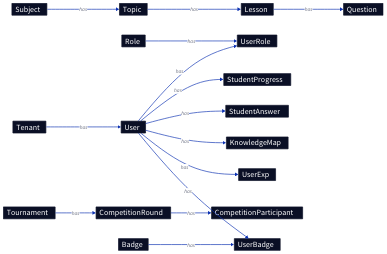
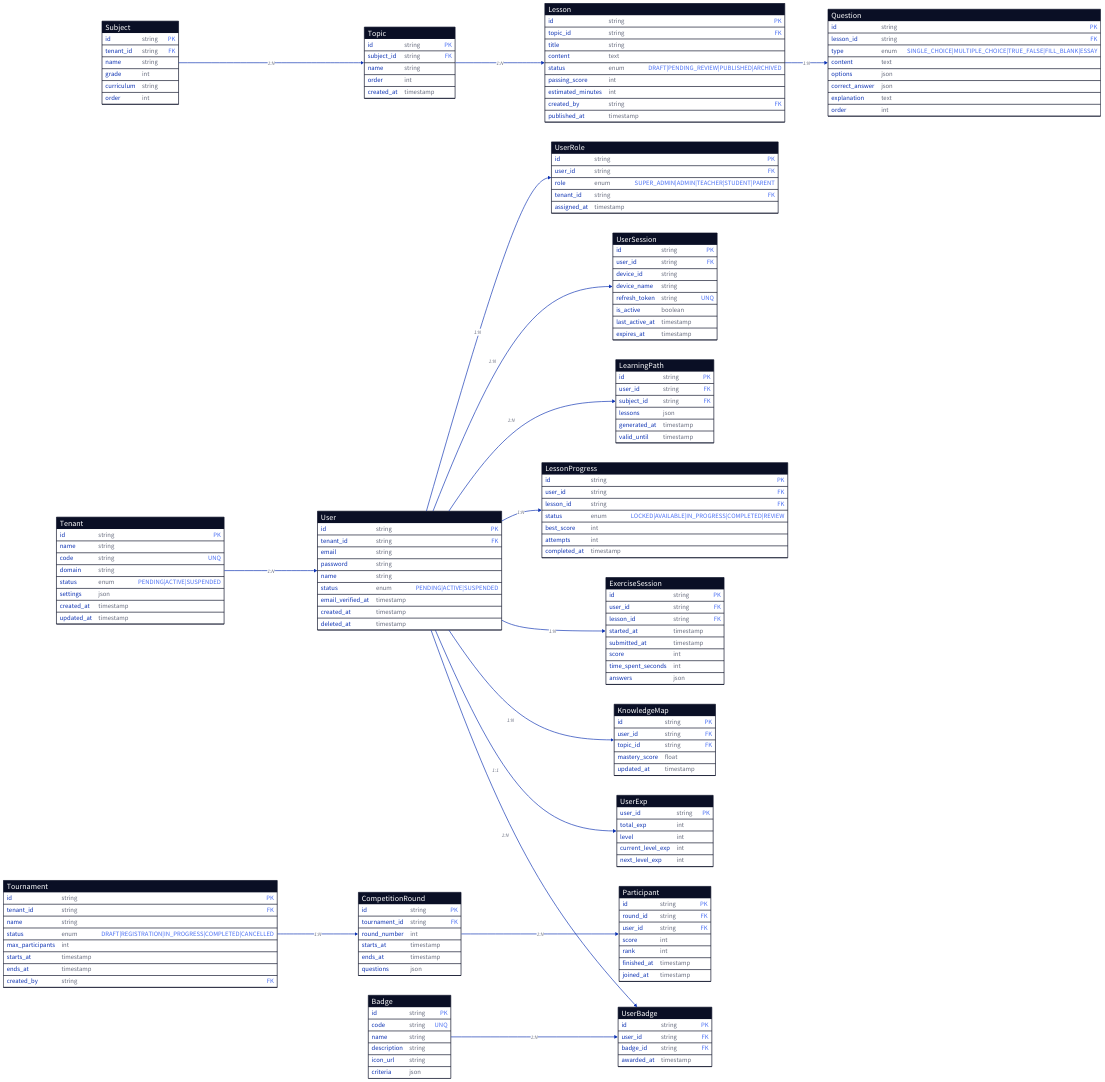
The diagram in blueprint/architecture/database.md (philongdanh/lms), drawn with D2 before and after one commit. The commit also changed other lines of this file and 5 other files, not shown here.

````diff
--- a/blueprint/architecture/database.md
+++ b/blueprint/architecture/database.md
@@ -18,46 +18,227 @@
 ```d2
 direction: right
 
-# Core entities
-Tenant: { shape: sql_table }
-User: { shape: sql_table }
-Role: { shape: sql_table }
-UserRole: { shape: sql_table }
+# === Core Domain ===
 
-# Content
-Subject: { shape: sql_table }
-Topic: { shape: sql_table }
-Lesson: { shape: sql_table }
-Question: { shape: sql_table }
+Tenant: {
+  shape: sql_table
+  id: string {constraint: primary_key}
+  name: string
+  code: string {constraint: unique}
+  domain: string
+  status: enum {constraint: "PENDING|ACTIVE|SUSPENDED"}
+  settings: json
+  created_at: timestamp
+  updated_at: timestamp
+}
 
-# Learning
-StudentProgress: { shape: sql_table }
-StudentAnswer: { shape: sql_table }
-KnowledgeMap: { shape: sql_table }
+User: {
+  shape: sql_table
+  id: string {constraint: primary_key}
+  tenant_id: string {constraint: foreign_key}
+  email: string
+  password: string
+  name: string
+  status: enum {constraint: "PENDING|ACTIVE|SUSPENDED"}
+  email_verified_at: timestamp
+  created_at: timestamp
+  deleted_at: timestamp
+}
 
-# Tournament
-Tournament: { shape: sql_table }
-CompetitionRound: { shape: sql_table }
-CompetitionParticipant: { shape: sql_table }
+UserRole: {
+  shape: sql_table
+  id: string {constraint: primary_key}
+  user_id: string {constraint: foreign_key}
+  role: enum {constraint: "SUPER_ADMIN|ADMIN|TEACHER|STUDENT|PARENT"}
+  tenant_id: string {constraint: foreign_key}
+  assigned_at: timestamp
+}
 
-# Gamification
-UserExp: { shape: sql_table }
-Badge: { shape: sql_table }
-UserBadge: { shape: sql_table }
+UserSession: {
+  shape: sql_table
+  id: string {constraint: primary_key}
+  user_id: string {constraint: foreign_key}
+  device_id: string
+  device_name: string
+  refresh_token: string {constraint: unique}
+  is_active: boolean
+  last_active_at: timestamp
+  expires_at: timestamp
+}
 
-# Relationships
-Tenant -> User: has
-User -> UserRole: has
-Role -> UserRole: has
-Subject -> Topic: has
-Topic -> Lesson: has
-Lesson -> Question: has
-User -> StudentProgress: has
-User -> StudentAnswer: has
-User -> KnowledgeMap: has
-Tournament -> CompetitionRound: has
-CompetitionRound -> CompetitionParticipant: has
-User -> UserExp: has
-User -> UserBadge: has
-Badge -> UserBadge: has
+# === Content Domain ===
+
+Subject: {
+  shape: sql_table
+  id: string {constraint: primary_key}
+  tenant_id: string {constraint: foreign_key}
+  name: string
+  grade: int
+  curriculum: string
+  order: int
+}
+
+Topic: {
+  shape: sql_table
+  id: string {constraint: primary_key}
+  subject_id: string {constraint: foreign_key}
+  name: string
+  order: int
+  created_at: timestamp
+}
+
+Lesson: {
+  shape: sql_table
+  id: string {constraint: primary_key}
+  topic_id: string {constraint: foreign_key}
+  title: string
+  content: text
+  status: enum {constraint: "DRAFT|PENDING_REVIEW|PUBLISHED|ARCHIVED"}
+  passing_score: int
+  estimated_minutes: int
+  created_by: string {constraint: foreign_key}
+  published_at: timestamp
+}
+
+Question: {
+  shape: sql_table
+  id: string {constraint: primary_key}
+  lesson_id: string {constraint: foreign_key}
+  type: enum {constraint: "SINGLE_CHOICE|MULTIPLE_CHOICE|TRUE_FALSE|FILL_BLANK|ESSAY"}
+  content: text
+  options: json
+  correct_answer: json
+  explanation: text
+  order: int
+}
+
+# === Learning Domain ===
+
+LearningPath: {
+  shape: sql_table
+  id: string {constraint: primary_key}
+  user_id: string {constraint: foreign_key}
+  subject_id: string {constraint: foreign_key}
+  lessons: json
+  generated_at: timestamp
+  valid_until: timestamp
+}
+
+LessonProgress: {
+  shape: sql_table
+  id: string {constraint: primary_key}
+  user_id: string {constraint: foreign_key}
+  lesson_id: string {constraint: foreign_key}
+  status: enum {constraint: "LOCKED|AVAILABLE|IN_PROGRESS|COMPLETED|REVIEW"}
+  best_score: int
+  attempts: int
+  completed_at: timestamp
+}
+
+ExerciseSession: {
+  shape: sql_table
+  id: string {constraint: primary_key}
+  user_id: string {constraint: foreign_key}
+  lesson_id: string {constraint: foreign_key}
+  started_at: timestamp
+  submitted_at: timestamp
+  score: int
+  time_spent_seconds: int
+  answers: json
+}
+
+KnowledgeMap: {
+  shape: sql_table
+  id: string {constraint: primary_key}
+  user_id: string {constraint: foreign_key}
+  topic_id: string {constraint: foreign_key}
+  mastery_score: float
+  updated_at: timestamp
+}
+
+# === Tournament Domain ===
+
+Tournament: {
+  shape: sql_table
+  id: string {constraint: primary_key}
+  tenant_id: string {constraint: foreign_key}
+  name: string
+  status: enum {constraint: "DRAFT|REGISTRATION|IN_PROGRESS|COMPLETED|CANCELLED"}
+  max_participants: int
+  starts_at: timestamp
+  ends_at: timestamp
+  created_by: string {constraint: foreign_key}
+}
+
+CompetitionRound: {
+  shape: sql_table
+  id: string {constraint: primary_key}
+  tournament_id: string {constraint: foreign_key}
+  round_number: int
+  starts_at: timestamp
+  ends_at: timestamp
+  questions: json
+}
+
+Participant: {
+  shape: sql_table
+  id: string {constraint: primary_key}
+  round_id: string {constraint: foreign_key}
+  user_id: string {constraint: foreign_key}
+  score: int
+  rank: int
+  finished_at: timestamp
+  joined_at: timestamp
+}
+
+# === Gamification Domain ===
+
+UserExp: {
+  shape: sql_table
+  user_id: string {constraint: primary_key}
+  total_exp: int
+  level: int
+  current_level_exp: int
+  next_level_exp: int
+}
+
+Badge: {
+  shape: sql_table
+  id: string {constraint: primary_key}
+  code: string {constraint: unique}
+  name: string
+  description: string
+  icon_url: string
+  criteria: json
+}
+
+UserBadge: {
+  shape: sql_table
+  id: string {constraint: primary_key}
+  user_id: string {constraint: foreign_key}
+  badge_id: string {constraint: foreign_key}
+  awarded_at: timestamp
+}
+
+# === Relationships ===
+
+Tenant -> User: 1:N
+User -> UserRole: 1:N
+User -> UserSession: 1:N
+
+Subject -> Topic: 1:N
+Topic -> Lesson: 1:N
+Lesson -> Question: 1:N
+
+User -> LearningPath: 1:N
+User -> LessonProgress: 1:N
+User -> ExerciseSession: 1:N
+User -> KnowledgeMap: 1:N
+
+Tournament -> CompetitionRound: 1:N
+CompetitionRound -> Participant: 1:N
+
+User -> UserExp: 1:1
+User -> UserBadge: 1:N
+Badge -> UserBadge: 1:N
 ```
````
